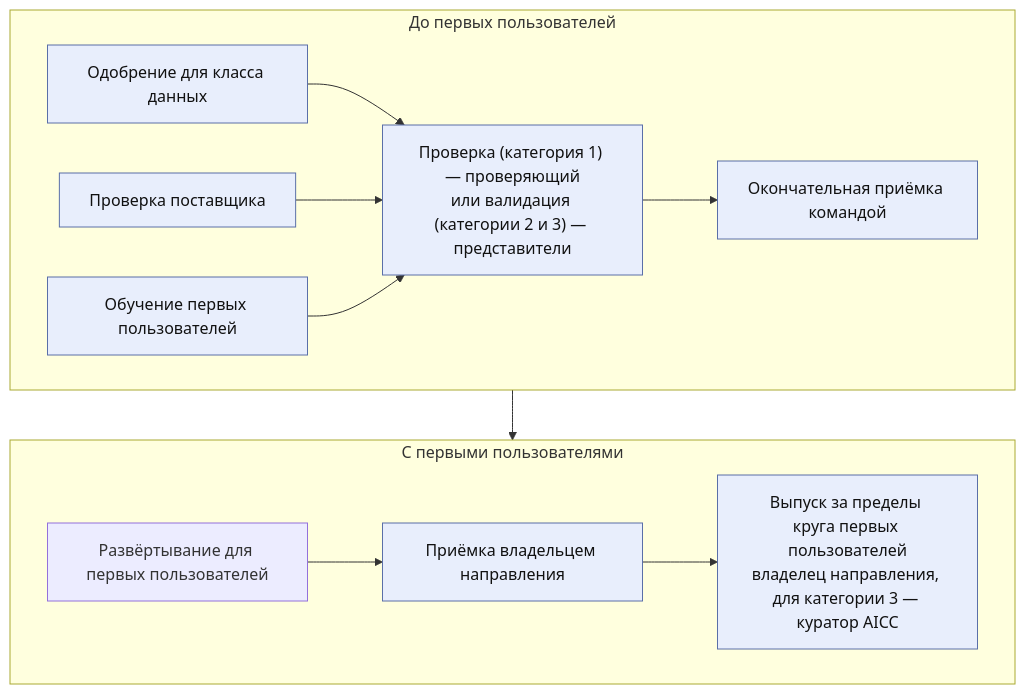
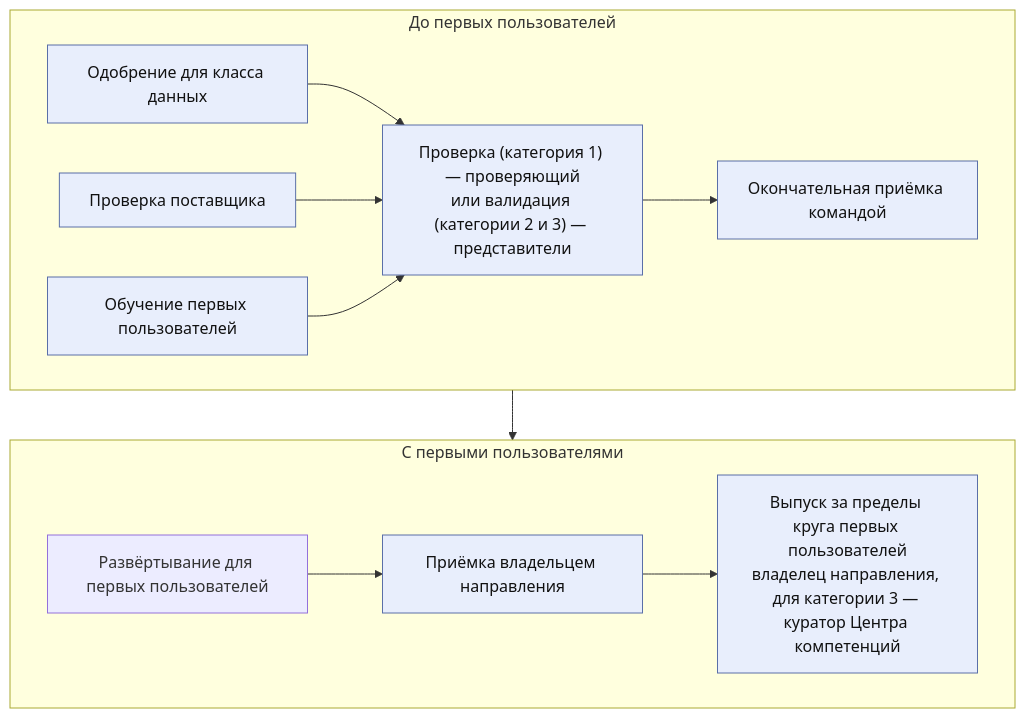
The second of 3 diagrams in charter/ru/workflows/ai-risk-control.md (devhogu/ob-aicc), drawn with Mermaid before and after one commit. The commit also changed other lines of this file and 1149 other files, not shown here.

````diff
--- a/charter/ru/workflows/ai-risk-control.md
+++ b/charter/ru/workflows/ai-risk-control.md
@@ -45,17 +45,17 @@
 ```mermaid
 flowchart TB
   subgraph BEFORE["До первых пользователей"]
     direction LR
     G1["Одобрение для класса данных"] --> G4
     G2["Проверка поставщика"] --> G4
     G3["Обучение первых пользователей"] --> G4
     G4["Проверка (категория 1) — проверяющий<br/>или валидация (категории 2 и 3) — представители"] --> G5["Окончательная приёмка командой"]
   end
   subgraph WITH["С первыми пользователями"]
     direction LR
-    D1["Развёртывание для первых пользователей"] --> G6["Приёмка владельцем направления"] --> G7["Выпуск за пределы круга первых пользователей<br/>владелец направления, для категории 3 — куратор AICC"]
+    D1["Развёртывание для первых пользователей"] --> G6["Приёмка владельцем направления"] --> G7["Выпуск за пределы круга первых пользователей<br/>владелец направления, для категории 3 — куратор Центра компетенций"]
   end
   BEFORE --> WITH
   classDef gate fill:#e8eefc,stroke:#5a6fa8,color:#111
   class G1,G2,G3,G4,G5,G6,G7 gate
 ```
````
